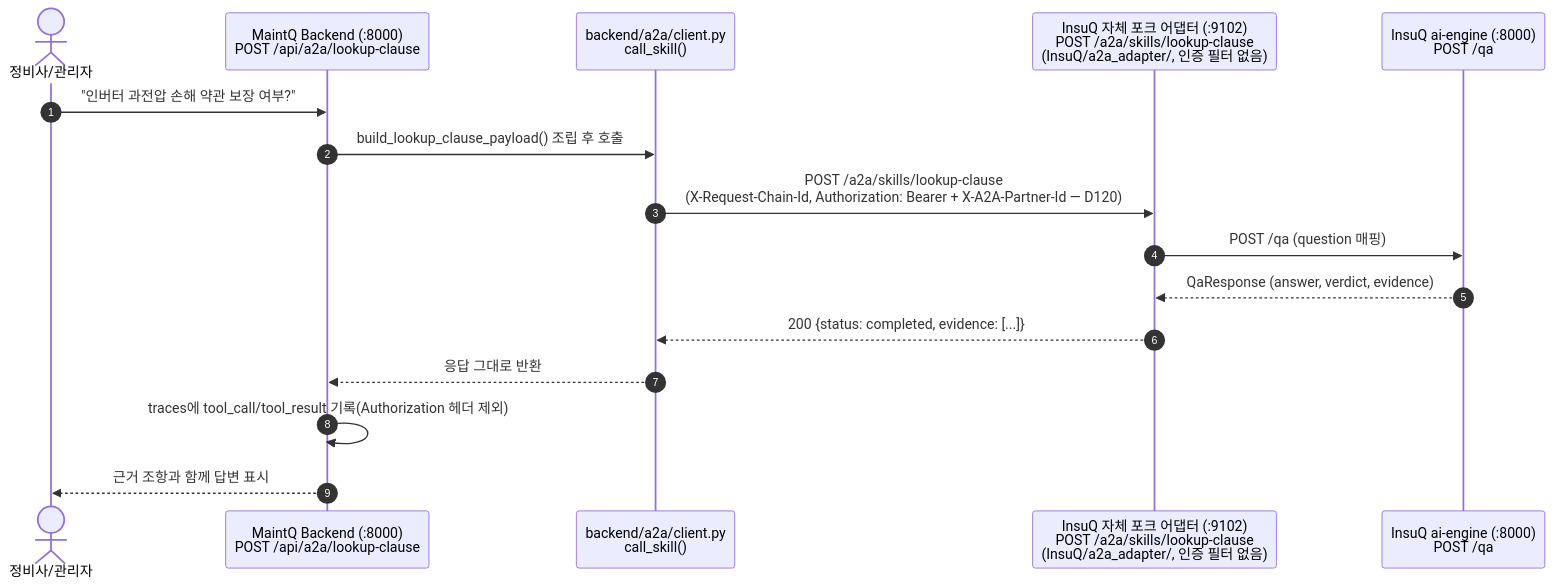
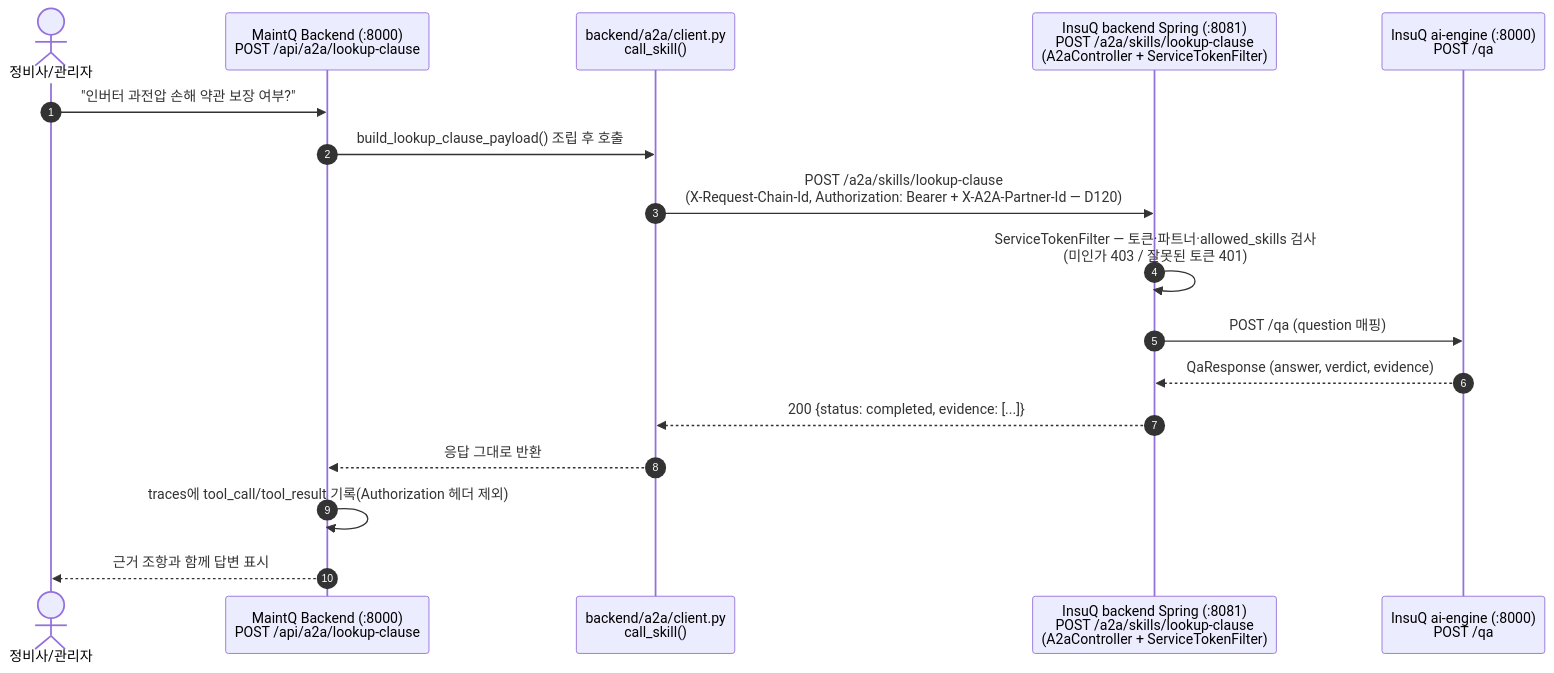
One commit to ttogle918/QMesh changed the second of 8 diagrams in A2A_DIAGRAMS.md. Above: the diagram before and after it, drawn with Mermaid. The commit also changed other lines of this file, not shown here.

First line of the commit message:
docs: A2A_DIAGRAMS v1.5 — lookup-clause Spring 이관 반영

````diff
--- a/A2A_DIAGRAMS.md
+++ b/A2A_DIAGRAMS.md
@@ -158,19 +182,20 @@
 ```mermaid
 sequenceDiagram
     autonumber
     actor Mgr as 정비사/관리자
     participant MQ as MaintQ Backend (:8000)<br>POST /api/a2a/lookup-clause
     participant Client as backend/a2a/client.py<br>call_skill()
-    participant IQ as InsuQ 자체 포크 어댑터 (:9102)<br>POST /a2a/skills/lookup-clause<br>(InsuQ/a2a_adapter/, 인증 필터 없음)
+    participant IQ as InsuQ backend Spring (:8081)<br>POST /a2a/skills/lookup-clause<br>(A2aController + ServiceTokenFilter)
     participant AI as InsuQ ai-engine (:8000)<br>POST /qa
 
     Mgr->>MQ: "인버터 과전압 손해 약관 보장 여부?"
     MQ->>Client: build_lookup_clause_payload() 조립 후 호출
     Client->>IQ: POST /a2a/skills/lookup-clause<br>(X-Request-Chain-Id, Authorization: Bearer + X-A2A-Partner-Id — D120)
+    IQ->>IQ: ServiceTokenFilter — 토큰·파트너·allowed_skills 검사<br>(미인가 403 / 잘못된 토큰 401)
     IQ->>AI: POST /qa (question 매핑)
     AI-->>IQ: QaResponse (answer, verdict, evidence)
     IQ-->>Client: 200 {status: completed, evidence: [...]}
     Client-->>MQ: 응답 그대로 반환
     MQ->>MQ: traces에 tool_call/tool_result 기록(Authorization 헤더 제외)
     MQ-->>Mgr: 근거 조항과 함께 답변 표시
 ```
````
